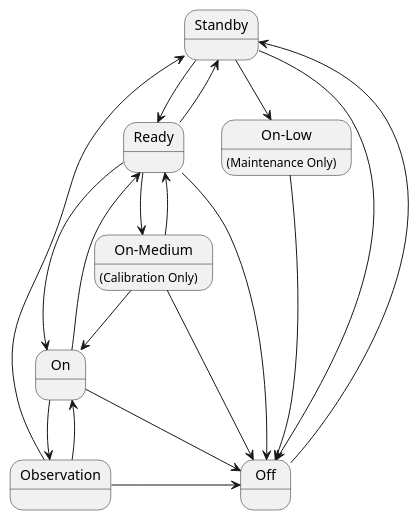
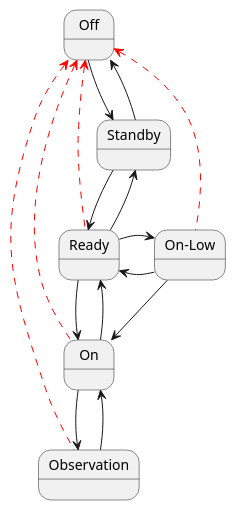
One commit to tmtsoftware/aoesw changed the diagram in design/diagrams/LGSFStateDiagram.md. Above: the diagram before and after it, drawn with PlantUML.

Commit message:
Updated to match graffle version

````diff
--- a/design/diagrams/LGSFStateDiagram.md
+++ b/design/diagrams/LGSFStateDiagram.md
@@ -1,29 +1,23 @@
 ```plantuml
 /'A better version of this diagram exists as a hand-drawn version
  ' by Jason Weiss using omnigraffle.  This is kept around for 
  ' reference.
  '/
 
 state "On-Low" as Low
-state "On-Medium" as Medium
-Low : (Maintenance Only)
-Medium: (Calibration Only)
-Off --> Standby
-Standby --> Ready
-Standby -> Low
-Ready --> Medium
-Medium --> On
+Off -down-> Standby
+Standby -down-> Ready
 On --> Observation
-Ready -> Standby
-Observation -> Standby
-Medium -> Ready
-Ready -> On
+Ready -up-> Standby
+Ready -down-> On
+Low -> On
+Low -> Ready
+Ready -right-> Low
 On -> Ready
 Observation -> On
-Observation -> Off
+Observation -up[#red,dashed]-> Off
 Standby -> Off
-Ready -> Off
-Medium -> Off
-Low -> Off
-On -> Off
+Ready -up[#red,dashed]-> Off
+Low -up[#red,dashed]-> Off
+On -up[#red,dashed]-> Off
 ```
````
